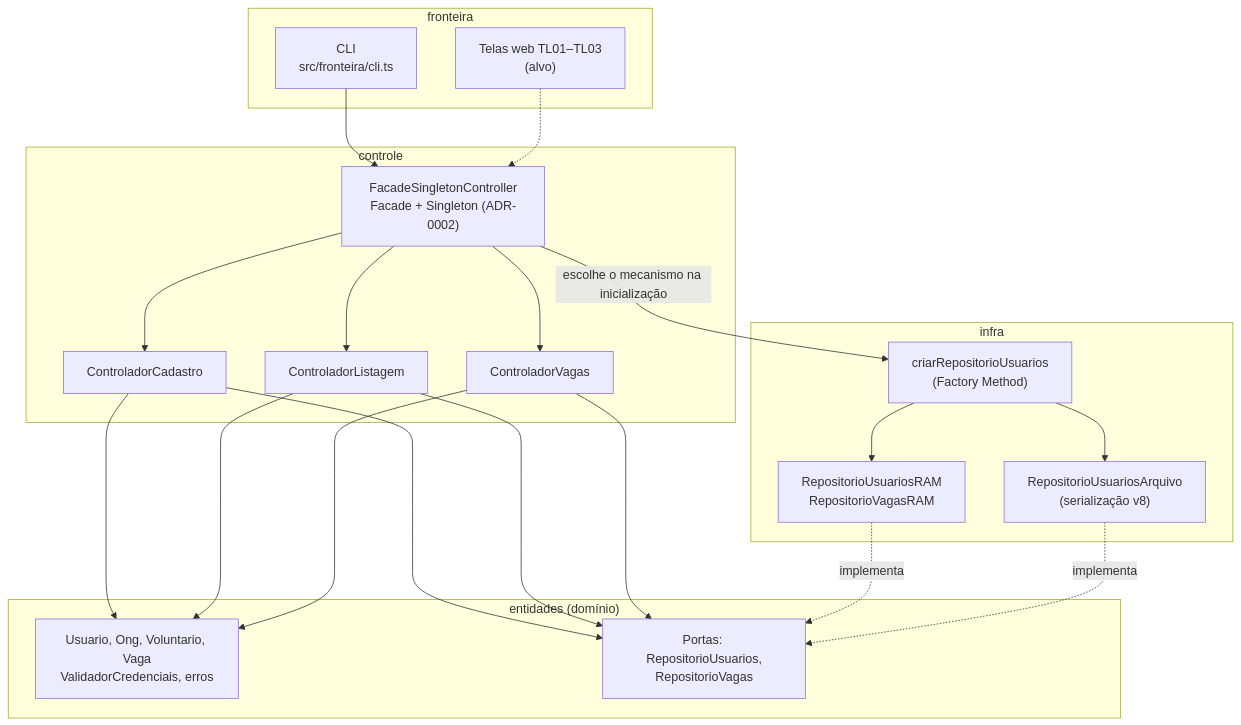
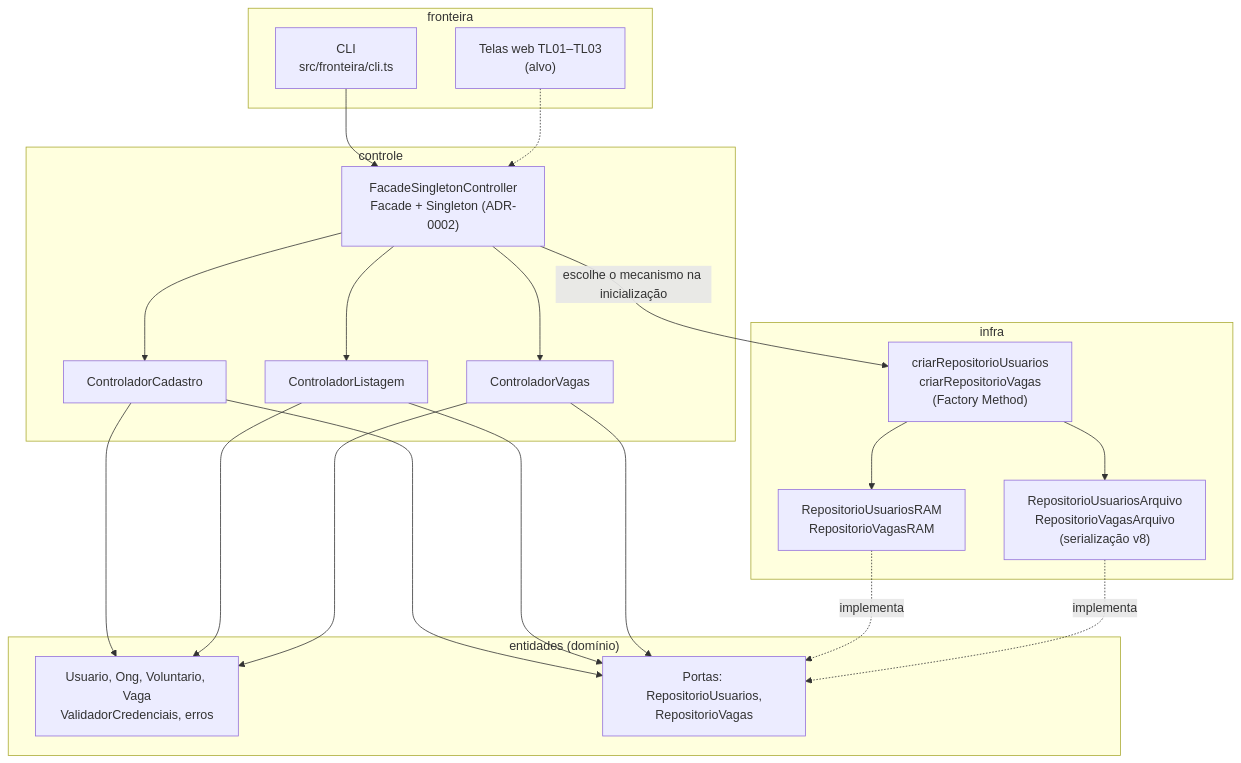
Before and after one commit to beapessoa/Ponte-mps: the second of 4 diagrams in docs/07-arquitetura/README.md, drawn with Mermaid. The commit also changed other lines of this file and 5 other files, not shown here.

Commit message:
docs: refletir a persistencia de vagas em arquivo

````diff
--- a/docs/07-arquitetura/README.md
+++ b/docs/07-arquitetura/README.md
@@ -24,32 +24,32 @@
 ```mermaid
 flowchart TB
     subgraph fronteira["fronteira"]
         cli["CLI<br/>src/fronteira/cli.ts"]
         web["Telas web TL01–TL03<br/>(alvo)"]
     end
     subgraph controle["controle"]
         facade["FacadeSingletonController<br/>Facade + Singleton (ADR-0002)"]
         cc["ControladorCadastro"]
         cl["ControladorListagem"]
         cv["ControladorVagas"]
     end
     subgraph entidades["entidades (domínio)"]
         dom["Usuario, Ong, Voluntario, Vaga<br/>ValidadorCredenciais, erros"]
         portas["Portas: RepositorioUsuarios,<br/>RepositorioVagas"]
     end
     subgraph infra["infra"]
-        fab["criarRepositorioUsuarios<br/>(Factory Method)"]
+        fab["criarRepositorioUsuarios<br/>criarRepositorioVagas<br/>(Factory Method)"]
         ram["RepositorioUsuariosRAM<br/>RepositorioVagasRAM"]
-        arq["RepositorioUsuariosArquivo<br/>(serialização v8)"]
+        arq["RepositorioUsuariosArquivo<br/>RepositorioVagasArquivo<br/>(serialização v8)"]
     end
 
     cli --> facade
     web -.-> facade
     facade --> cc & cl & cv
     cc & cl & cv --> dom
     cc & cl & cv --> portas
     fab --> ram & arq
     ram -.->|implementa| portas
     arq -.->|implementa| portas
     facade -->|escolhe o mecanismo na inicialização| fab
 ```
````
